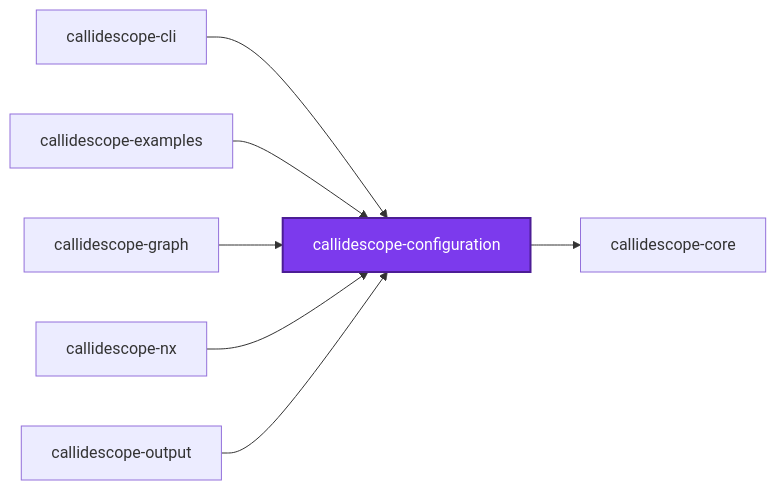
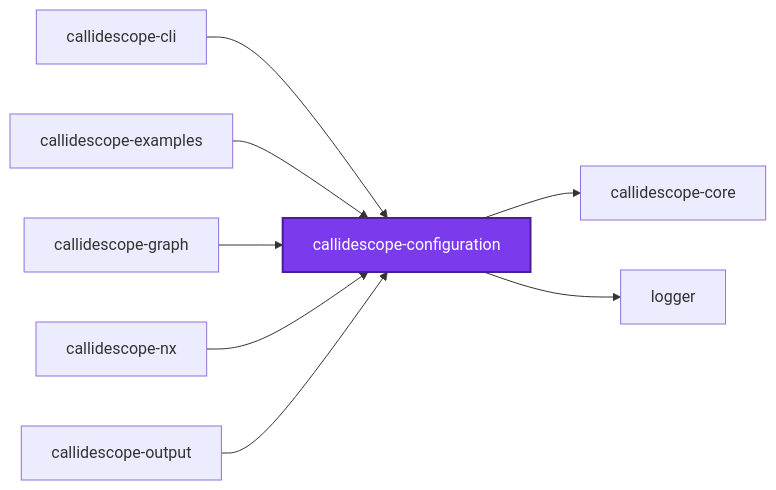
One commit to JimmyPaolini/codebase changed the first of 3 diagrams in packages/ic-suite/callidescope/callidescope-configuration/README.md. Above: the diagram before and after it, drawn with Mermaid. The commit also changed other lines of this file and 108 other files, not shown here.

````diff
--- a/packages/ic-suite/callidescope/callidescope-configuration/README.md
+++ b/packages/ic-suite/callidescope/callidescope-configuration/README.md
@@ -663,18 +701,20 @@
 ```mermaid
 graph LR
   callidescope_cli["callidescope-cli"]
   callidescope_configuration["callidescope-configuration"]
   callidescope_core["callidescope-core"]
   callidescope_examples["callidescope-examples"]
   callidescope_graph["callidescope-graph"]
   callidescope_nx["callidescope-nx"]
   callidescope_output["callidescope-output"]
+  logger["logger"]
   callidescope_cli --> callidescope_configuration
   callidescope_configuration --> callidescope_core
+  callidescope_configuration --> logger
   callidescope_examples --> callidescope_configuration
   callidescope_graph --> callidescope_configuration
   callidescope_nx --> callidescope_configuration
   callidescope_output --> callidescope_configuration
   classDef subject fill:#7c3aed,color:#fff,stroke:#4c1d95,stroke-width:2px
   class callidescope_configuration subject
 ```
````
